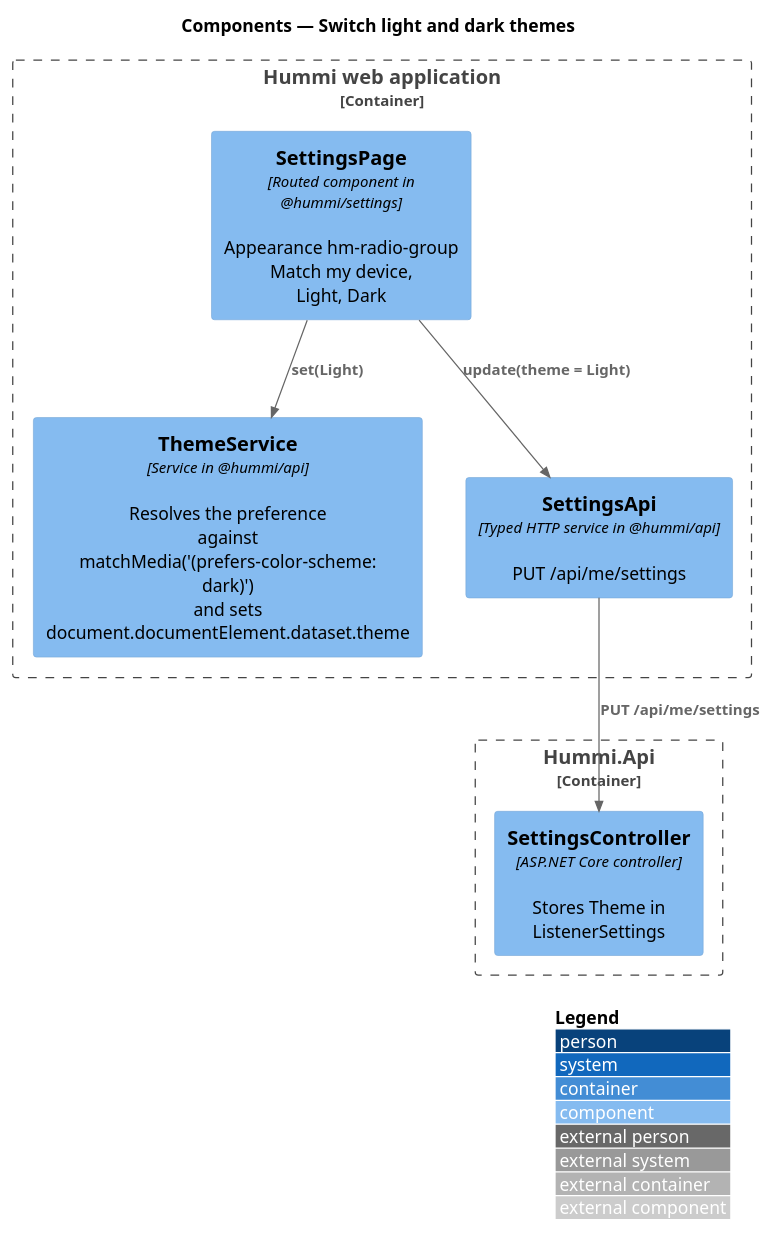
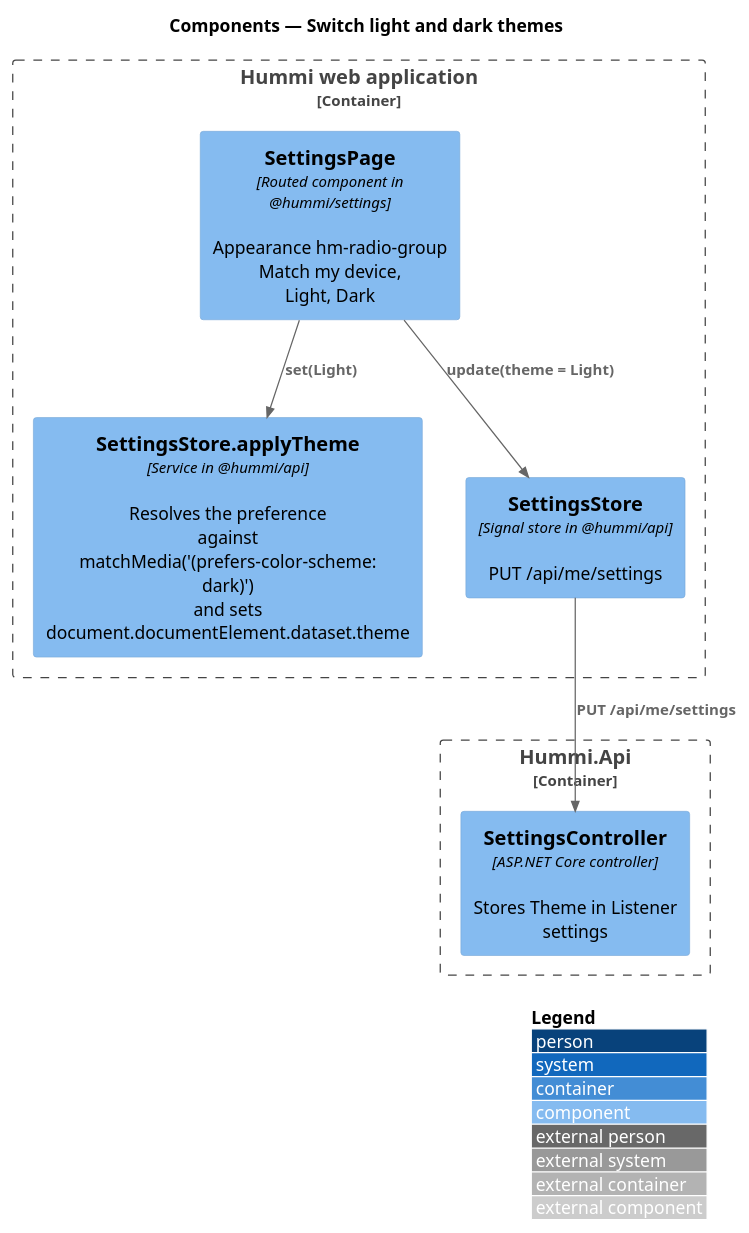
The diagram in docs/detailed-designs/interface/themes/diagrams/c4-component.puml (QuinntyneBrown/hummi), drawn with PlantUML before and after one commit. The commit also changed 70 other files, not shown here.

First line of the commit message:
Manage settings: profile, playback, theme and email preferences on every device

```diff
--- a/docs/detailed-designs/interface/themes/diagrams/c4-component.puml
+++ b/docs/detailed-designs/interface/themes/diagrams/c4-component.puml
@@ -1,17 +1,17 @@
 @startuml
 !include <C4/C4_Component>
 LAYOUT_WITH_LEGEND()
 title Components — Switch light and dark themes
 
 Container_Boundary(spa, "Hummi web application") {
   Component(page, "SettingsPage", "Routed component in @hummi/settings", "Appearance hm-radio-group Match my device,\nLight, Dark")
-  Component(theme, "ThemeService", "Service in @hummi/api", "Resolves the preference against\nmatchMedia('(prefers-color-scheme: dark)')\nand sets\ndocument.documentElement.dataset.theme")
-  Component(client, "SettingsApi", "Typed HTTP service in @hummi/api", "PUT /api/me/settings")
+  Component(theme, "SettingsStore.applyTheme", "Service in @hummi/api", "Resolves the preference against\nmatchMedia('(prefers-color-scheme: dark)')\nand sets\ndocument.documentElement.dataset.theme")
+  Component(client, "SettingsStore", "Signal store in @hummi/api", "PUT /api/me/settings")
 }
 Container_Boundary(api, "Hummi.Api") {
-  Component(ctl, "SettingsController", "ASP.NET Core controller", "Stores Theme in ListenerSettings")
+  Component(ctl, "SettingsController", "ASP.NET Core controller", "Stores Theme in Listener settings")
 }
 Rel(page, theme, "set(Light)")
 Rel(page, client, "update(theme = Light)")
 Rel(client, ctl, "PUT /api/me/settings")
 @enduml
```
